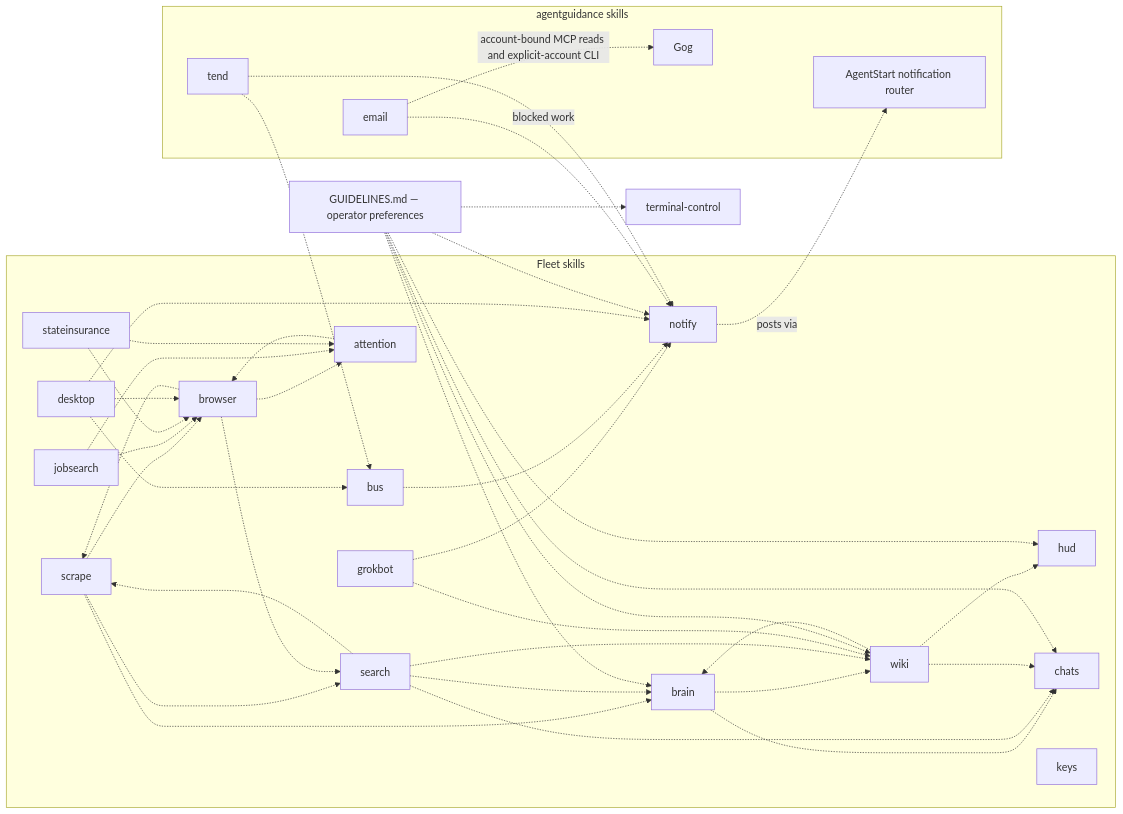
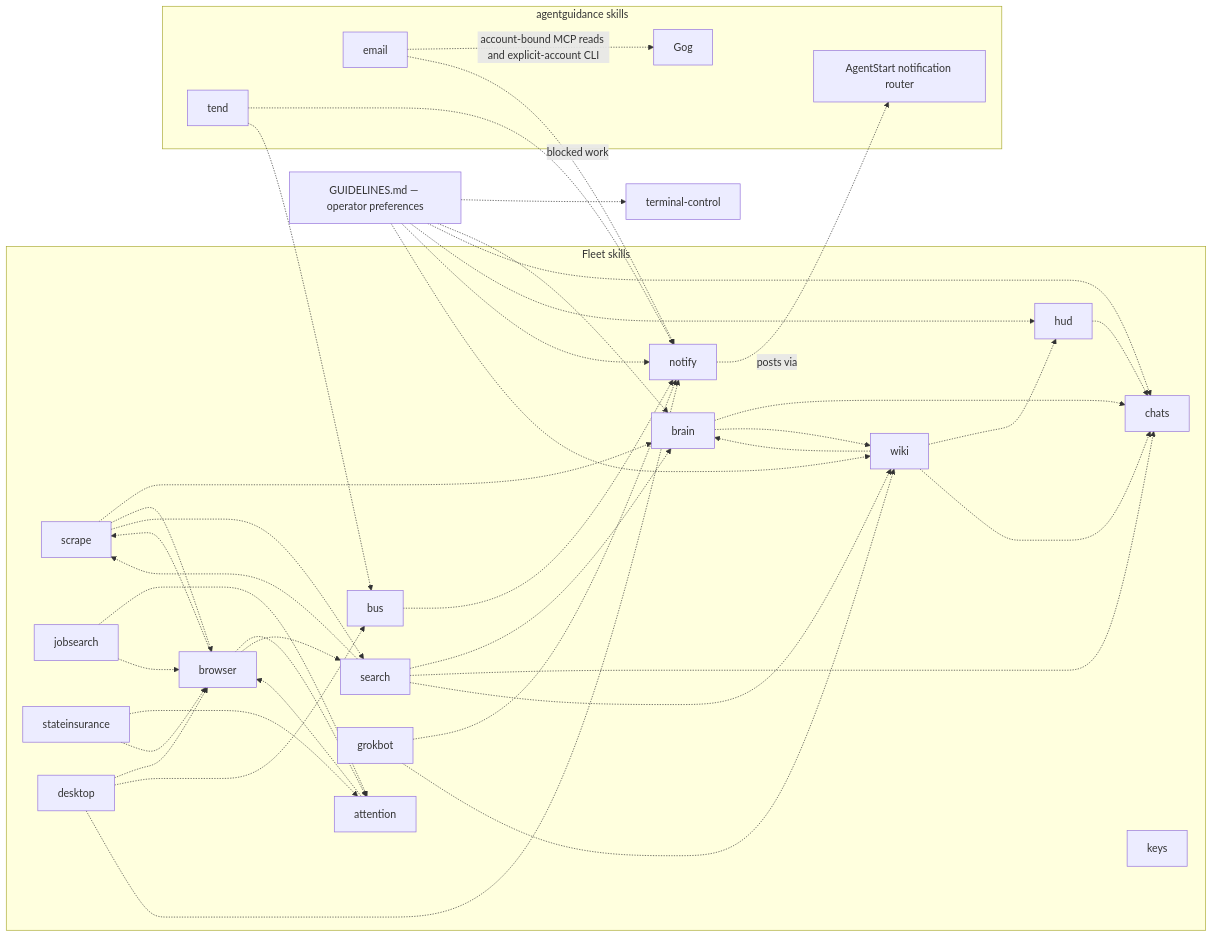
One commit to possibilities/agentstart changed the third of 3 diagrams in skills/fleet/MAP.md. Above: the diagram before and after it, drawn with Mermaid. The commit also changed other lines of this file, not shown here.

Commit message:
Map HUD transcript routing

````diff
--- a/skills/fleet/MAP.md
+++ b/skills/fleet/MAP.md
@@ -136,32 +136,32 @@
 ```mermaid
 flowchart LR
     subgraph fleetSkills [Fleet skills]
-        hud
+        hud -.-> chats
         brain -.-> chats & wiki
         scrape -.-> brain & browser & search
         search -.-> brain & chats & scrape & wiki
         browser -.-> attention & scrape & search
         attention -.-> browser
         jobsearch -.-> attention & browser
         stateinsurance -.-> attention & browser
         wiki -.-> hud & brain & chats
         desktop -.-> browser & bus
         grokbot -.-> notify & wiki
         chats
         keys
         bus
     end
 
     subgraph guidanceSkills [agentguidance skills]
         notify -.->|posts via| notifierCli[AgentStart notification router]
         email -.->|account-bound MCP reads and explicit-account CLI| gog[Gog]
         email -.->|blocked work| notify
         tend[tend] -.-> notify
         tend -.-> bus
     end
 
     bus -.-> notify
     desktop -.-> notify
 
     guidelines[GUIDELINES.md — operator preferences] -.-> brain & chats & hud & notify & wiki & terminalControl[terminal-control]
 ```
````
